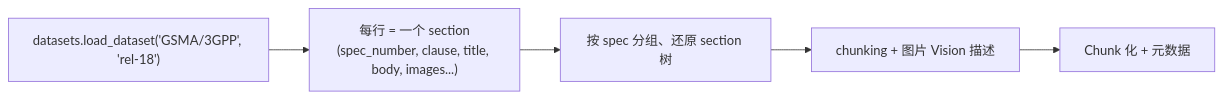
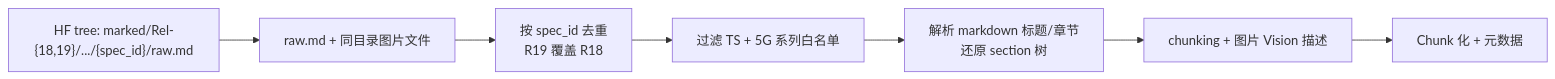
The third of 6 diagrams in docs/02-tech-selection.md (EpisodeYu/3GPP-Everything), drawn with Mermaid before and after one commit. The commit also changed other lines of this file and 3 other files, not shown here.

````diff
--- a/docs/02-tech-selection.md
+++ b/docs/02-tech-selection.md
@@ -246,7 +246,9 @@
 ```mermaid
 flowchart LR
-    A["datasets.load_dataset('GSMA/3GPP', 'rel-18')"] --> B["每行 = 一个 section<br/>(spec_number, clause, title, body, images...)"]
-    B --> C["按 spec 分组、还原 section 树"]
-    C --> D["chunking + 图片 Vision 描述"]
-    D --> E["Chunk 化 + 元数据"]
+    A["HF tree: marked/Rel-{18,19}/.../{spec_id}/raw.md"] --> B["raw.md + 同目录图片文件"]
+    B --> C["按 spec_id 去重<br/>R19 覆盖 R18"]
+    C --> D["过滤 TS + 5G 系列白名单"]
+    D --> E["解析 markdown 标题/章节<br/>还原 section 树"]
+    E --> F["chunking + 图片 Vision 描述"]
+    F --> G["Chunk 化 + 元数据"]
 ```
````
